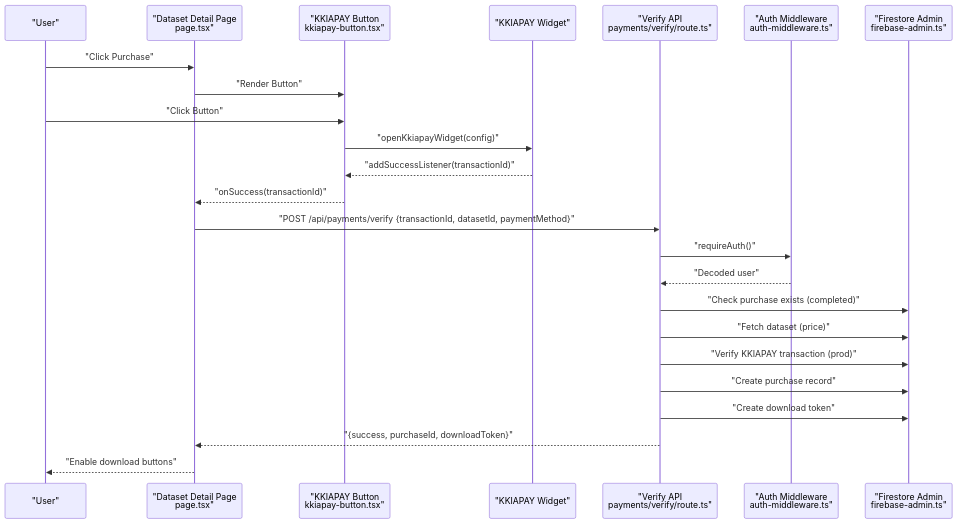
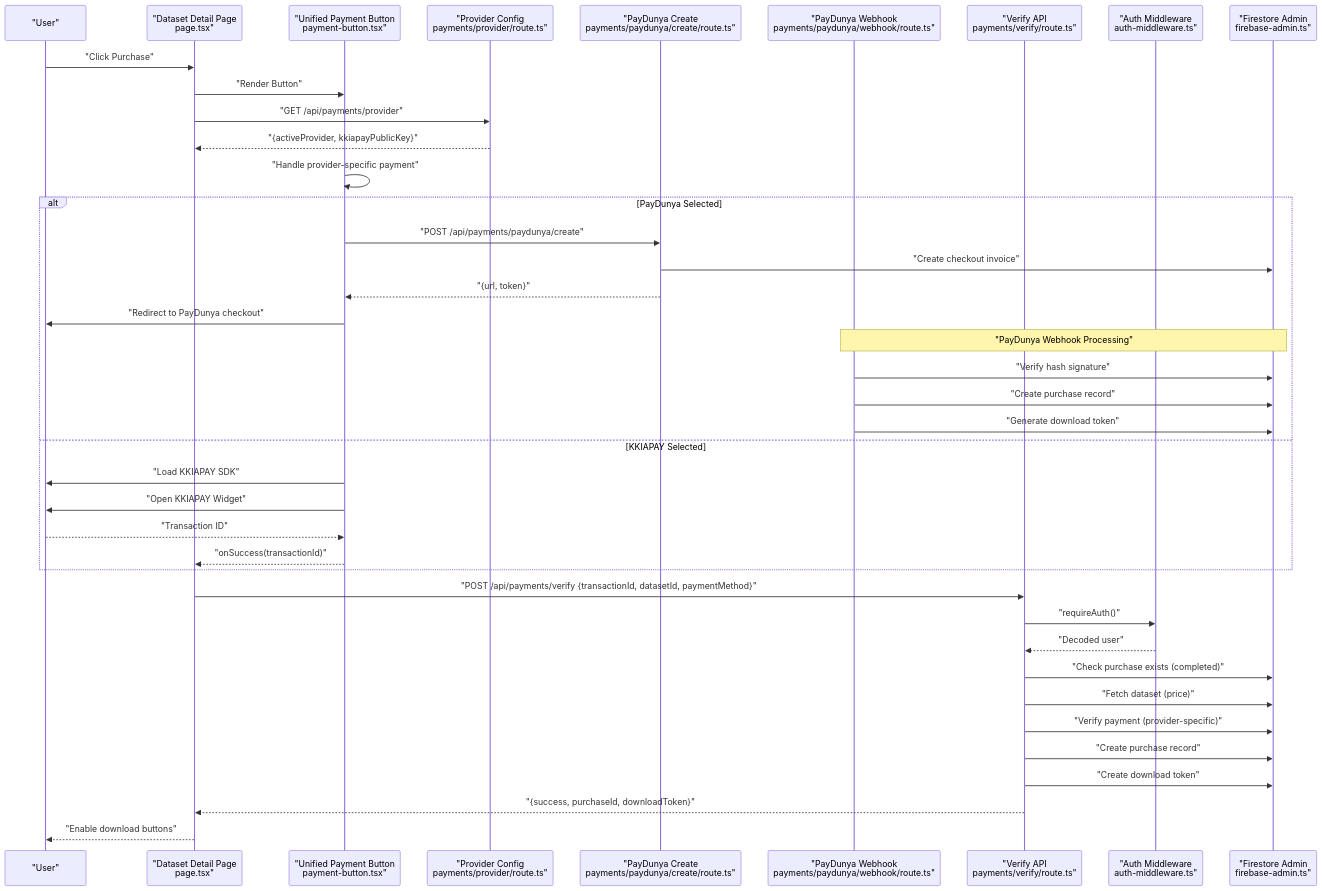
The second of 7 diagrams in .qoder/repowiki/en/content/Payment System/Payment System.md (alikizang/datafrica), drawn with Mermaid before and after one commit. The commit also changed other lines of this file and 21 other files, not shown here.

````diff
--- a/.qoder/repowiki/en/content/Payment System/Payment System.md
+++ b/.qoder/repowiki/en/content/Payment System/Payment System.md
@@ -105,26 +157,42 @@
 ```mermaid
 sequenceDiagram
 participant U as "User"
 participant P as "Dataset Detail Page<br/>page.tsx"
-participant B as "KKIAPAY Button<br/>kkiapay-button.tsx"
-participant W as "KKIAPAY Widget"
+participant PB as "Unified Payment Button<br/>payment-button.tsx"
+participant PC as "Provider Config<br/>payments/provider/route.ts"
+participant PD as "PayDunya Create<br/>payments/paydunya/create/route.ts"
+participant PW as "PayDunya Webhook<br/>payments/paydunya/webhook/route.ts"
 participant V as "Verify API<br/>payments/verify/route.ts"
 participant A as "Auth Middleware<br/>auth-middleware.ts"
 participant F as "Firestore Admin<br/>firebase-admin.ts"
 U->>P : "Click Purchase"
-P->>B : "Render Button"
-U->>B : "Click Button"
-B->>W : "openKkiapayWidget(config)"
-W-->>B : "addSuccessListener(transactionId)"
-B-->>P : "onSuccess(transactionId)"
+P->>PB : "Render Button"
+P->>PC : "GET /api/payments/provider"
+PC-->>P : "{activeProvider, kkiapayPublicKey}"
+PB->>PB : "Handle provider-specific payment"
+alt PayDunya Selected
+PB->>PD : "POST /api/payments/paydunya/create"
+PD->>F : "Create checkout invoice"
+PD-->>PB : "{url, token}"
+PB->>U : "Redirect to PayDunya checkout"
+Note over PW,F : "PayDunya Webhook Processing"
+PW->>F : "Verify hash signature"
+PW->>F : "Create purchase record"
+PW->>F : "Generate download token"
+else KKIAPAY Selected
+PB->>U : "Load KKIAPAY SDK"
+PB->>U : "Open KKIAPAY Widget"
+U-->>PB : "Transaction ID"
+PB-->>P : "onSuccess(transactionId)"
+end
 P->>V : "POST /api/payments/verify {transactionId, datasetId, paymentMethod}"
 V->>A : "requireAuth()"
 A-->>V : "Decoded user"
 V->>F : "Check purchase exists (completed)"
 V->>F : "Fetch dataset (price)"
-V->>F : "Verify KKIAPAY transaction (prod)"
+V->>F : "Verify payment (provider-specific)"
 V->>F : "Create purchase record"
 V->>F : "Create download token"
 V-->>P : "{success, purchaseId, downloadToken}"
 P-->>U : "Enable download buttons"
 ```
````
